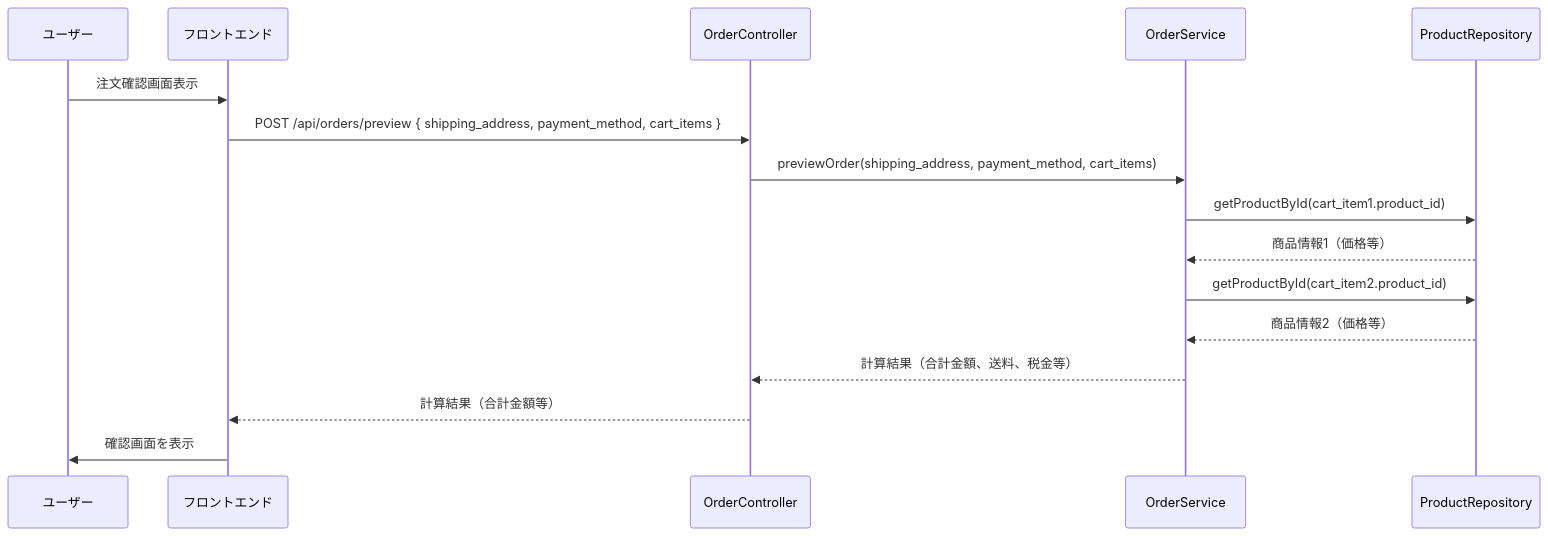
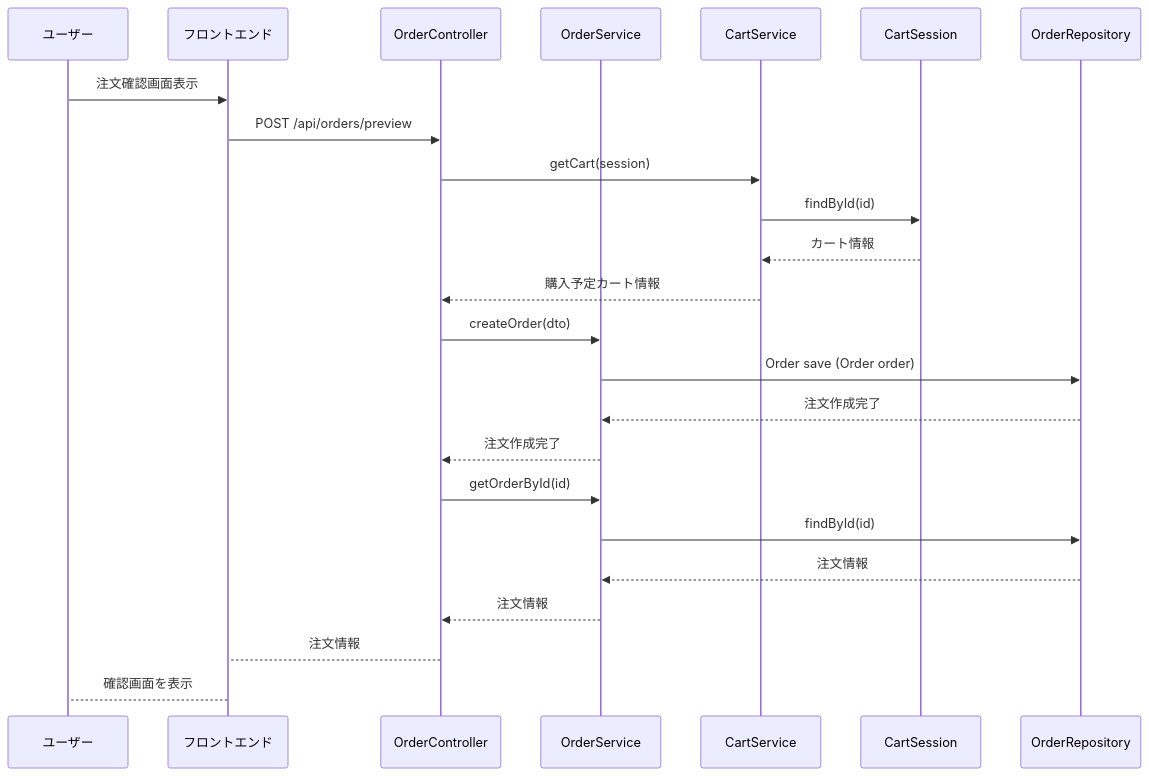
Before and after one commit to Aoi-Yaegashi/teamF: the seventh of 36 diagrams in 詳細設計/担当B_村田/3.2 機能詳細.md, drawn with Mermaid. The commit also changed other lines of this file and 2 other files, not shown here.

```diff
--- a/詳細設計/担当B_村田/3.2 機能詳細.md
+++ b/詳細設計/担当B_村田/3.2 機能詳細.md
@@ -296,33 +267,36 @@
 <div class="mermaid">
 sequenceDiagram
     participant User as ユーザー
     participant FE as フロントエンド
     participant OrderC as OrderController
     participant OrderS as OrderService
-    participant ProdRepo as ProductRepository
+    participant CartS as CartService
+    participant CartRepo as CartSession
+    participant OrderRepo as OrderRepository
 
     %% 1. ユーザーが注文確認画面を表示
     User->>FE: 注文確認画面表示
 
     %% 2. フロントエンドがAPI呼び出し
-    FE->>OrderC: POST /api/orders/preview { shipping_address, payment_method, cart_items }
+    FE->>OrderC: POST /api/orders/preview
 
-    %% 3. コントローラがサービスに処理を依頼
-    OrderC->>OrderS: previewOrder(shipping_address, payment_method, cart_items)
+    %% 3. カート情報を取得
+    OrderC->>CartS: getCart(session)
+    CartS->>CartRepo: findById(id)
+    CartRepo-->>CartS:カート情報
+    CartS-->>OrderC: 購入予定カート情報
 
-    %% 4. サービスが各カートアイテムの商品情報を取得し金額計算
-    OrderS->>ProdRepo: getProductById(cart_item1.product_id)
-    ProdRepo-->>OrderS: 商品情報1（価格等）
-    OrderS->>ProdRepo: getProductById(cart_item2.product_id)
-    ProdRepo-->>OrderS: 商品情報2（価格等）
-    %% 必要なカートアイテム数だけ繰り返し
+    %% 4. 注文作成処理
+    OrderC->>OrderS: createOrder(dto)
+    OrderS->>OrderRepo: Order save (Order order)
+    OrderRepo-->>OrderS:注文作成完了
+    OrderS-->>OrderC: 注文作成完了
 
-    %% 5. サービスが合計金額等を計算
-    OrderS-->>OrderC: 計算結果（合計金額、送料、税金等）
-
-    %% 6. コントローラがフロントエンドに返却
-    OrderC-->>FE: 計算結果（合計金額等）
-
-    %% 7. フロントエンドが確認画面を表示
-    FE->>User: 確認画面を表示
+    %% 5. 注文情報を取得
+    OrderC->>OrderS: getOrderById(id)
+    OrderS->>OrderRepo: findById(id)
+    OrderRepo-->>OrderS:注文情報
+    OrderS-->>OrderC:注文情報
+    OrderC-->FE: 注文情報
+    FE-->User: 確認画面を表示
 </div>
```
